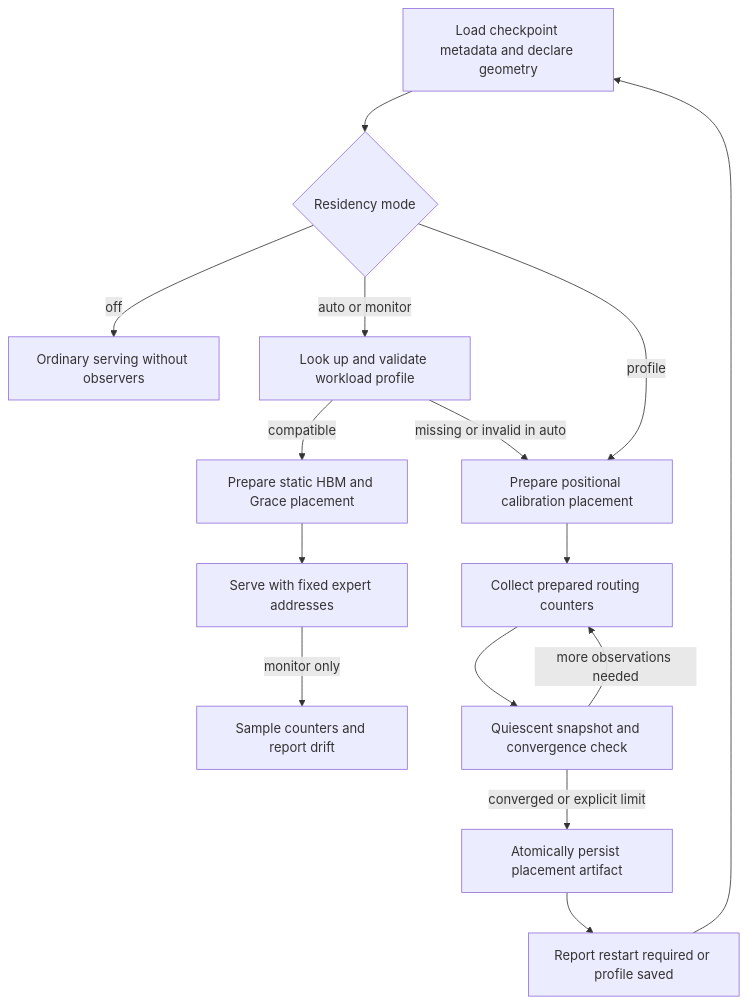
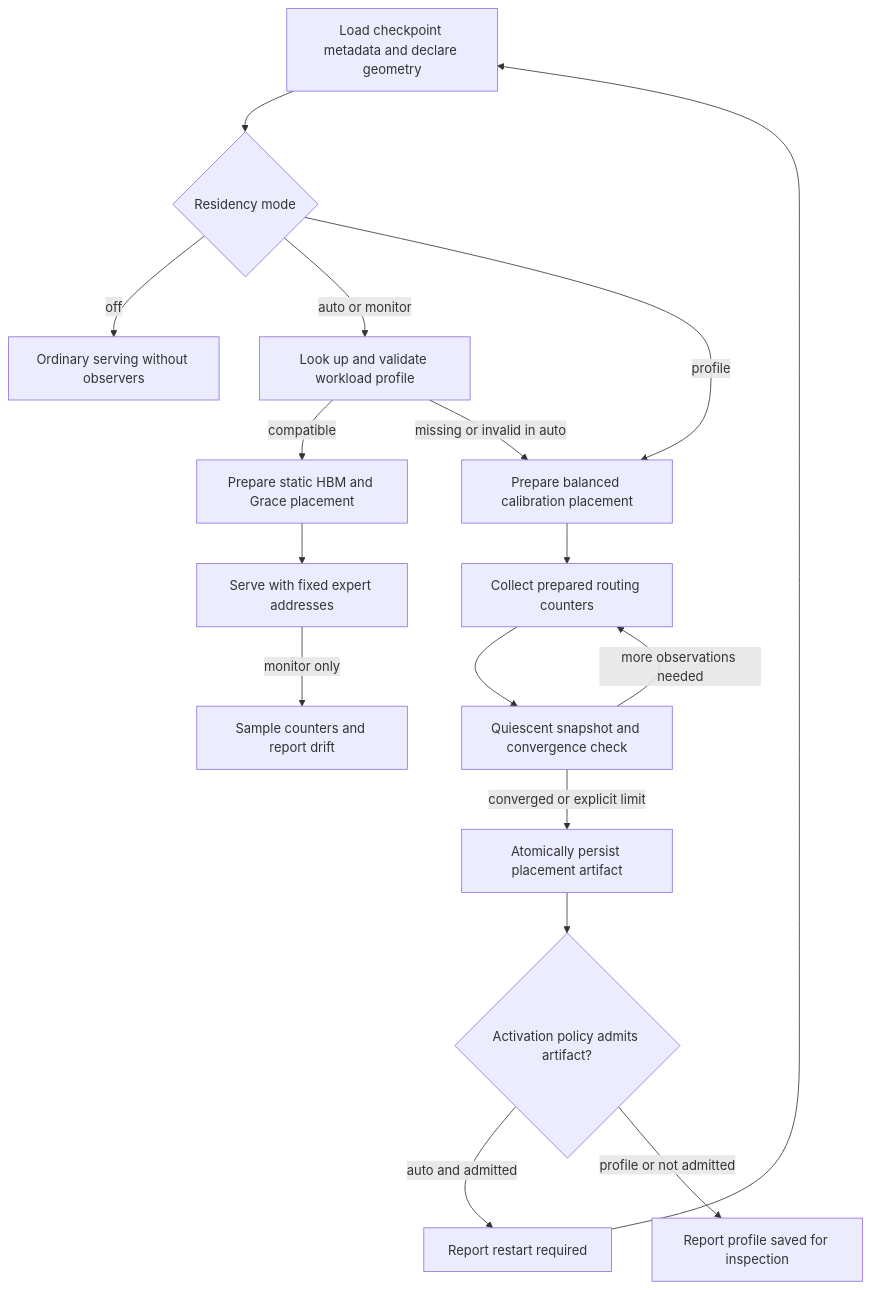
The diagram in docs/expert-residency-automatic.md (local-inference-lab/b12x), drawn with Mermaid before and after one commit. The commit also changed other lines of this file and 9 other files, not shown here.

````diff
--- a/docs/expert-residency-automatic.md
+++ b/docs/expert-residency-automatic.md
@@ -18,17 +18,19 @@
 ```mermaid
 flowchart TD
     A[Load checkpoint metadata and declare geometry] --> B{Residency mode}
     B -->|off| C[Ordinary serving without observers]
     B -->|auto or monitor| D[Look up and validate workload profile]
     D -->|compatible| E[Prepare static HBM and Grace placement]
-    D -->|missing or invalid in auto| F[Prepare positional calibration placement]
+    D -->|missing or invalid in auto| F[Prepare balanced calibration placement]
     B -->|profile| F
     F --> G[Collect prepared routing counters]
     G --> H[Quiescent snapshot and convergence check]
     H -->|more observations needed| G
     H -->|converged or explicit limit| I[Atomically persist placement artifact]
-    I --> J[Report restart required or profile saved]
-    J --> A
+    I --> J{Activation policy admits artifact?}
+    J -->|auto and admitted| R[Report restart required]
+    J -->|profile or not admitted| S[Report profile saved for inspection]
+    R --> A
     E --> K[Serve with fixed expert addresses]
     K -->|monitor only| L[Sample counters and report drift]
 ```
````
